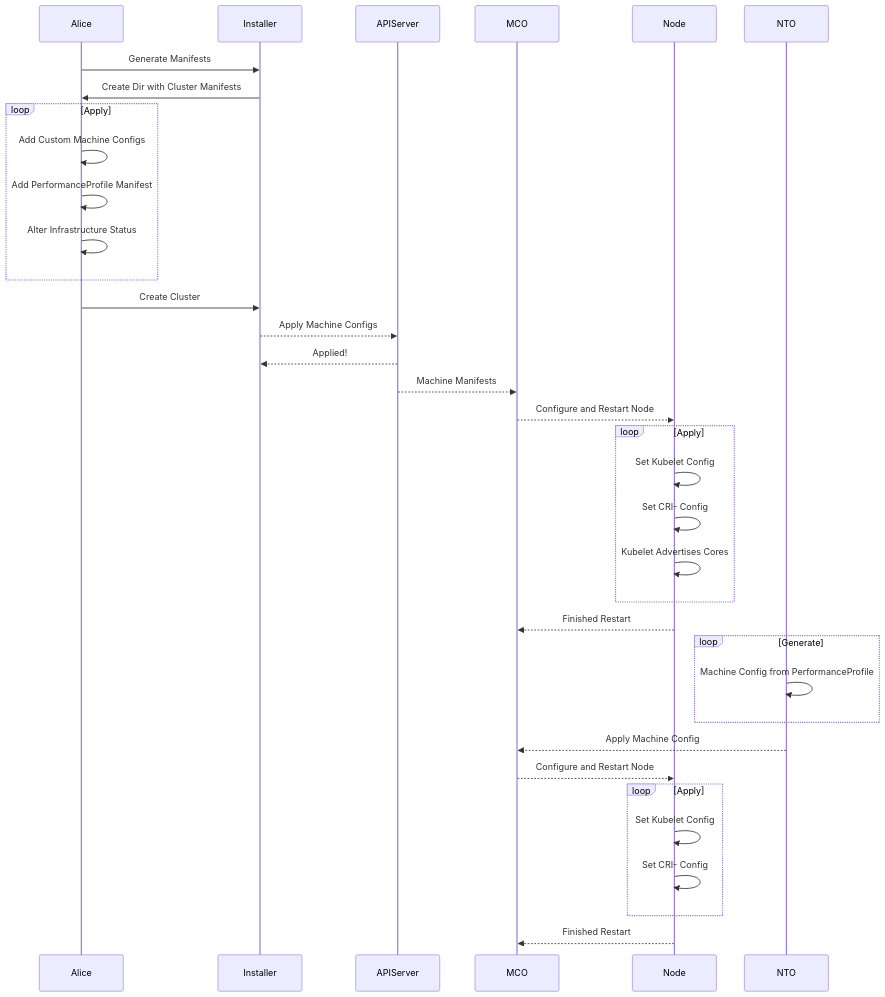
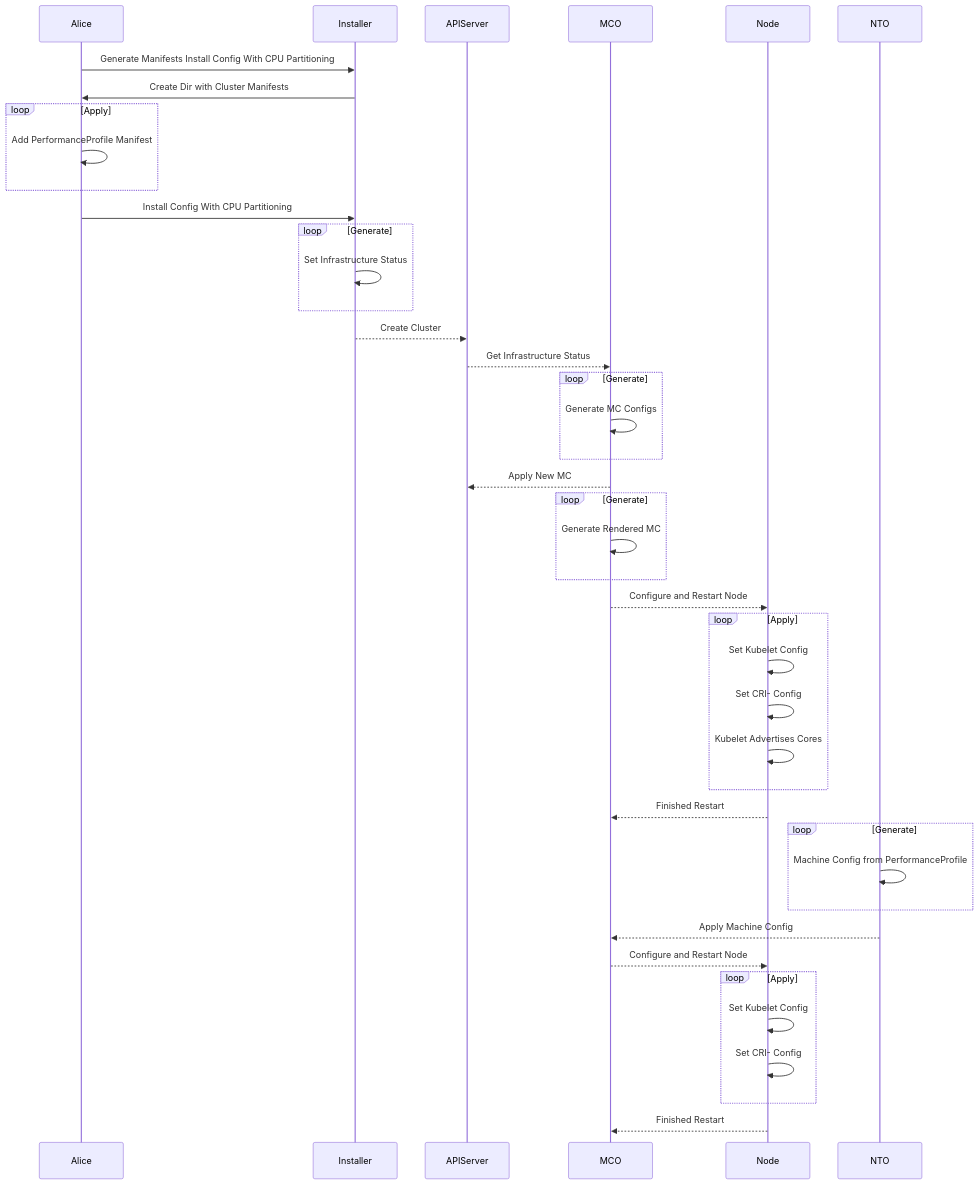
The first of 2 diagrams in enhancements/workload-partitioning/wide-availability-workload-partitioning.md (openshift/enhancements), drawn with Mermaid before and after one commit. The commit also changed other lines of this file, not shown here.

````diff
--- a/enhancements/workload-partitioning/wide-availability-workload-partitioning.md
+++ b/enhancements/workload-partitioning/wide-availability-workload-partitioning.md
@@ -286,31 +342,38 @@
 ```mermaid
 sequenceDiagram
-Alice->>Installer: Generate Manifests
+Alice->>Installer: Generate Manifests Install Config With CPU Partitioning
 Installer->>Alice: Create Dir with Cluster Manifests
 loop Apply
-    Alice->>Alice: Add Custom Machine Configs
     Alice->>Alice: Add PerformanceProfile Manifest
-    Alice->>Alice: Alter Infrastructure Status
 end
-Alice->>Installer: Create Cluster
-Installer-->>APIServer: Apply Machine Configs
-APIServer-->>Installer: Applied!
-APIServer-->>MCO: Machine Manifests
+Alice->>Installer: Install Config With CPU Partitioning
+loop Generate
+    Installer->>Installer: Set Infrastructure Status
+end
+Installer-->>APIServer: Create Cluster
+APIServer-->>MCO: Get Infrastructure Status
+loop Generate
+    MCO->>MCO: Generate MC Configs
+end
+MCO-->>APIServer: Apply New MC
+loop Generate
+    MCO->>MCO: Generate Rendered MC
+end
 MCO-->>Node: Configure and Restart Node
 loop Apply
     Node->>Node: Set Kubelet Config
     Node->>Node: Set CRI- Config
     Node->>Node: Kubelet Advertises Cores
 end
 Node-->>MCO: Finished Restart
 loop Generate
     NTO->>NTO: Machine Config from PerformanceProfile
 end
 NTO-->>MCO: Apply Machine Config
 MCO-->>Node: Configure and Restart Node
 loop Apply
     Node->>Node: Set Kubelet Config
     Node->>Node: Set CRI- Config
 end
 Node-->>MCO: Finished Restart
 ```
````
